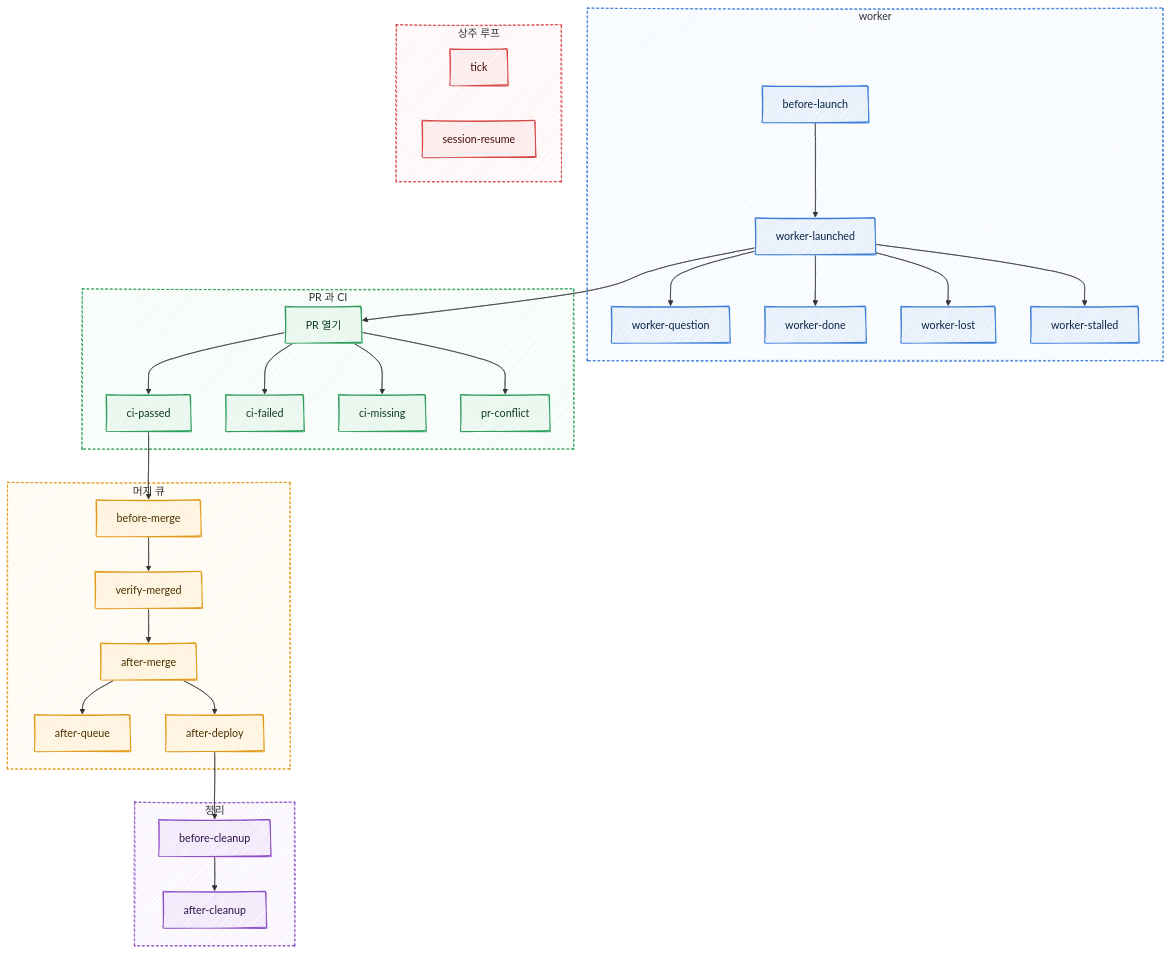
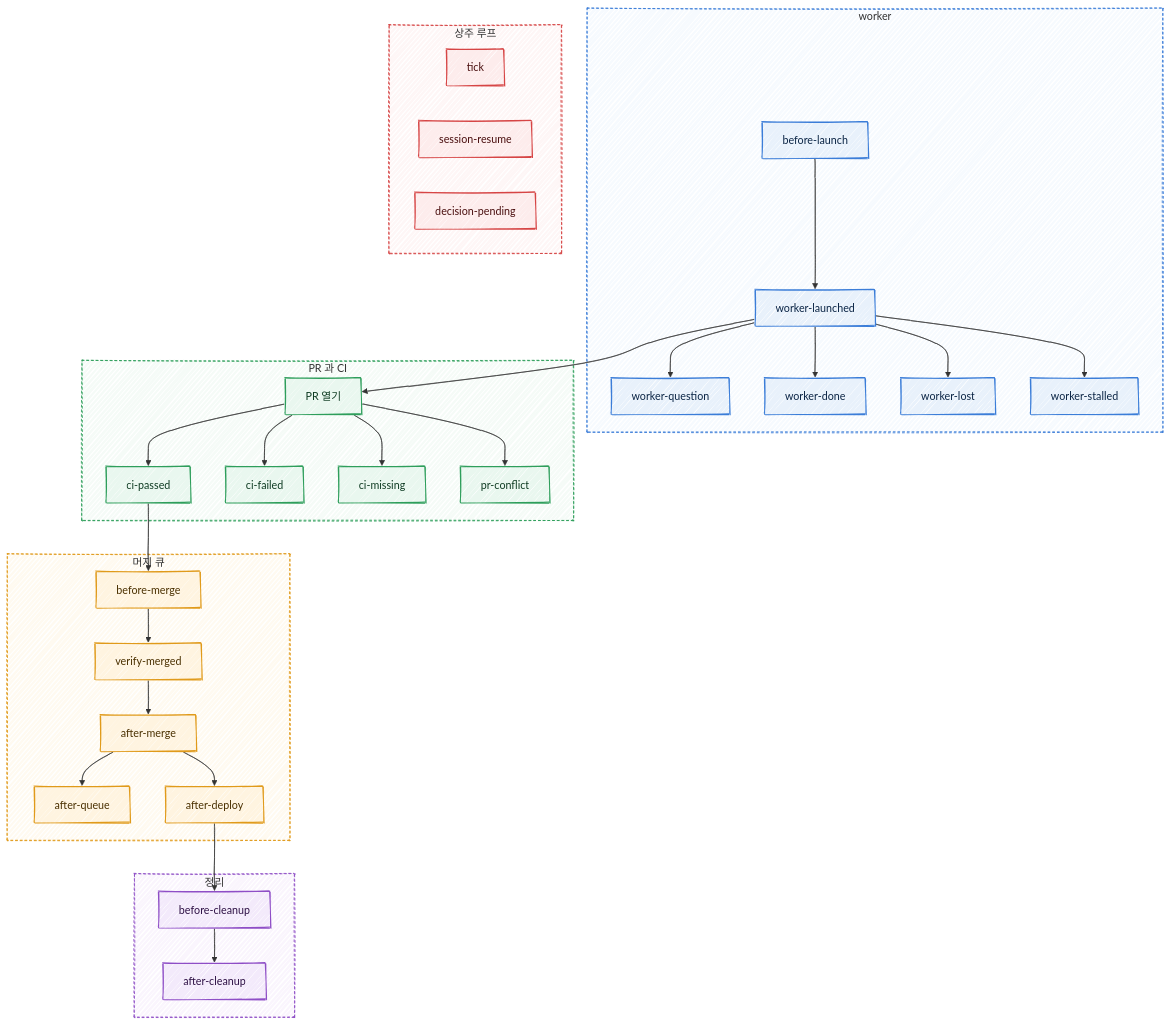
The fifth of 8 diagrams in docs/flow.md (jon890/fos-skills), drawn with Mermaid before and after one commit. The commit also changed other lines of this file and 11 other files, not shown here.

````diff
--- a/docs/flow.md
+++ b/docs/flow.md
@@ -264,49 +265,50 @@
 ```mermaid
 ---
 config:
   look: handDrawn
 ---
 %%{init: {"theme":"base","themeVariables":{"fontFamily":"'Noto Sans KR', sans-serif","fontSize":"14px","lineColor":"#7A8594","primaryTextColor":"#1D1F23","edgeLabelBackground":"#FFFFFF","clusterBkg":"#FAFAFA"},"flowchart":{"curve":"basis","nodeSpacing":40,"rankSpacing":60,"padding":14}}}%%
 flowchart TD
     subgraph W[worker]
         L[before-launch] --> LA[worker-launched]
         LA --> Q[worker-question]
         LA --> D[worker-done]
         LA --> LO[worker-lost]
         LA --> ST[worker-stalled]
     end
     subgraph P[PR 과 CI]
         OPEN[PR 열기] --> CP[ci-passed]
         OPEN --> CF[ci-failed]
         OPEN --> CM[ci-missing]
         OPEN --> CO[pr-conflict]
     end
     LA --> OPEN
     subgraph M[머지 큐]
         CP --> BM[before-merge] --> VM[verify-merged] --> AM[after-merge]
         AM --> AQ[after-queue]
         AM --> AD[after-deploy]
     end
     subgraph C[정리]
         AD --> BC[before-cleanup] --> AC[after-cleanup]
     end
     subgraph T[상주 루프]
         TK[tick]
         SR[session-resume]
+        DP[decision-pending]
     end
     class L,LA,Q,D,LO,ST c1
     class OPEN,CP,CF,CM,CO c2
     class BM,VM,AM,AQ,AD c3
     class BC,AC c4
-    class TK,SR c5
+    class TK,SR,DP c5
     classDef c1 fill:#E8F1FB,stroke:#3B7DD8,stroke-width:1.5px,color:#0B2545
     classDef c2 fill:#E9F7EF,stroke:#2E9E5B,stroke-width:1.5px,color:#0E3B22
     classDef c3 fill:#FFF4E0,stroke:#E09A1A,stroke-width:1.5px,color:#4A3000
     classDef c4 fill:#F3EAFB,stroke:#8E4EC6,stroke-width:1.5px,color:#2E1145
     classDef c5 fill:#FDECEC,stroke:#D64545,stroke-width:1.5px,color:#4A0F0F
     style W fill:#F6FAFE,stroke:#3B7DD8,stroke-dasharray:4 3
     style P fill:#F5FBF7,stroke:#2E9E5B,stroke-dasharray:4 3
     style M fill:#FFFAF0,stroke:#E09A1A,stroke-dasharray:4 3
     style C fill:#FAF5FD,stroke:#8E4EC6,stroke-dasharray:4 3
     style T fill:#FEF6F6,stroke:#D64545,stroke-dasharray:4 3
 ```
````
